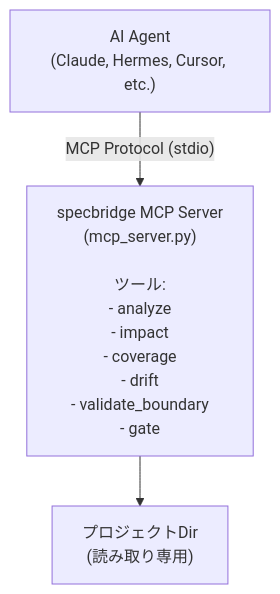
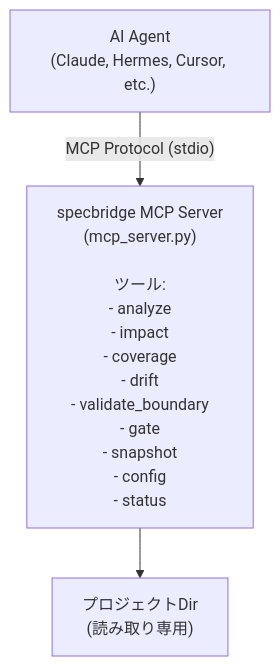
Before and after one commit to nekolife1984/specbridge: the first of 2 diagrams in docs/ja/10-mcp-integration.md, drawn with Mermaid. The commit also changed other lines of this file and 1 other file, not shown here.

````diff
--- a/docs/ja/10-mcp-integration.md
+++ b/docs/ja/10-mcp-integration.md
@@ -10,9 +10,9 @@
 ```mermaid
 flowchart TB
     AGENT["AI Agent<br/>(Claude, Hermes, Cursor, etc.)"]
-    MCP_SERV["specbridge MCP Server<br/>(mcp_server.py)<br/><br/>ツール:<br/>- analyze<br/>- impact<br/>- coverage<br/>- drift<br/>- validate_boundary<br/>- gate"]
+    MCP_SERV["specbridge MCP Server<br/>(mcp_server.py)<br/><br/>ツール:<br/>- analyze<br/>- impact<br/>- coverage<br/>- drift<br/>- validate_boundary<br/>- gate<br/>- snapshot<br/>- config<br/>- status"]
     PROJ["プロジェクトDir<br/>(読み取り専用)"]
 
     AGENT -->|"MCP Protocol (stdio)"| MCP_SERV
     MCP_SERV --> PROJ
 ```
````
